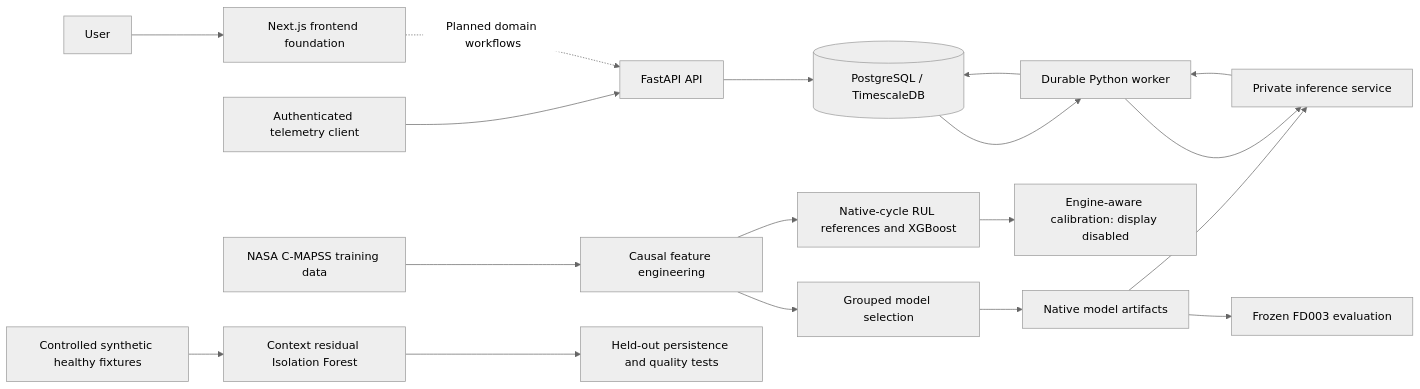
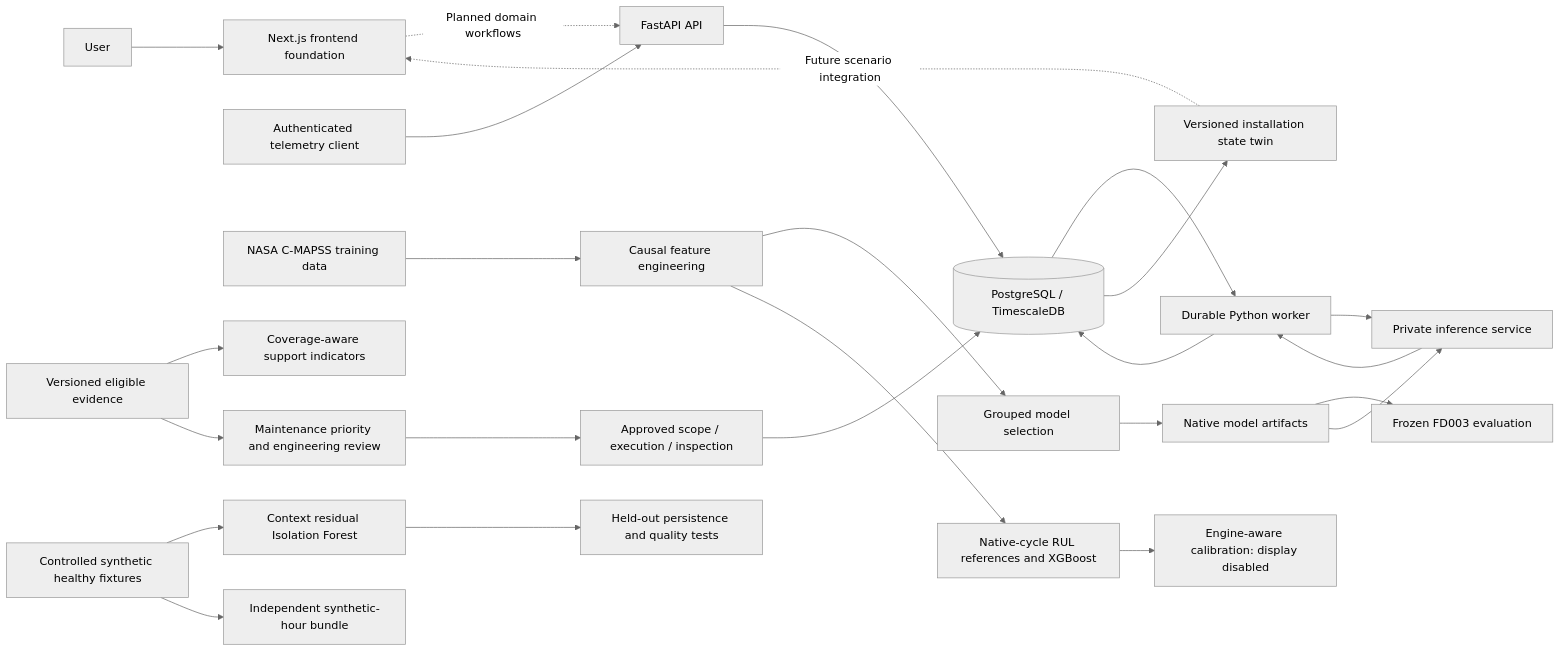
Before and after one commit to AbhishekKumar-cse/FleetIQ: the diagram in README.md, drawn with Mermaid (neutral theme). The commit also changed other lines of this file, not shown here.

Commit message:
docs(readme): describe step 70 capabilities and synthetic model limitations

````diff
--- a/README.md
+++ b/README.md
@@ -26,20 +30,27 @@
 ```mermaid
 flowchart LR
     User[User] --> Web[Next.js frontend foundation]
     Client[Authenticated telemetry client] --> API[FastAPI API]
     API --> DB[(PostgreSQL / TimescaleDB)]
     DB --> Worker[Durable Python worker]
     Worker --> DB
     NASA[NASA C-MAPSS training data] --> Features[Causal feature engineering]
     Features --> Training[Grouped model selection]
     Synthetic[Controlled synthetic healthy fixtures] --> Anomaly[Context residual Isolation Forest]
     Anomaly --> Robustness[Held-out persistence and quality tests]
     Features --> RUL[Native-cycle RUL references and XGBoost]
     RUL --> Intervals[Engine-aware calibration: display disabled]
     Training --> Bundle[Native model artifacts]
     Bundle --> Evaluation[Frozen FD003 evaluation]
     Web -. Planned domain workflows .-> API
     Bundle --> Inference[Private inference service]
     Worker --> Inference
     Inference --> Worker
+    Synthetic --> HourBundle[Independent synthetic-hour bundle]
+    DB --> Twin[Versioned installation state twin]
+    Twin -. Future scenario integration .-> Web
+    Evidence[Versioned eligible evidence] --> Health[Coverage-aware support indicators]
+    Evidence --> Review[Maintenance priority and engineering review]
+    Review --> Workflow[Approved scope / execution / inspection]
+    Workflow --> DB
 ```
````
